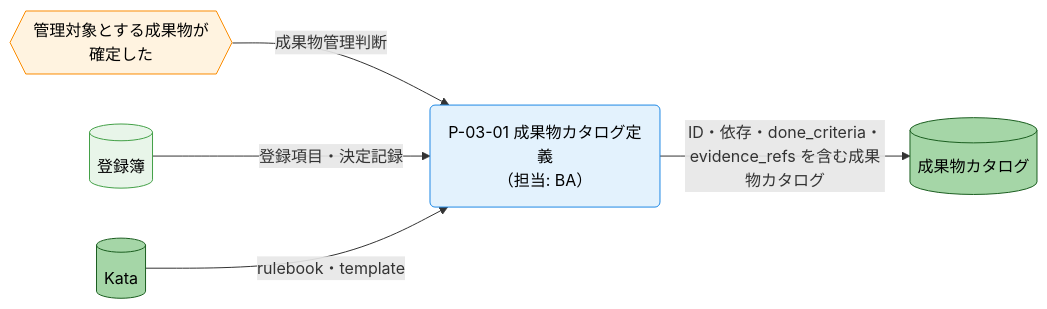
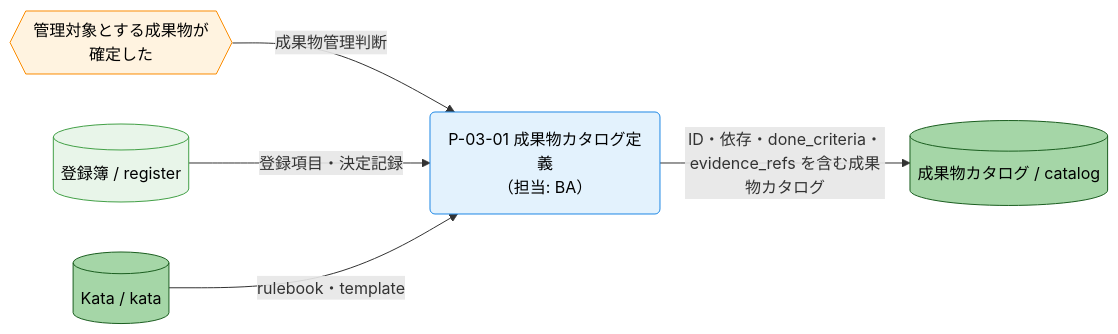
Before and after one commit to specdojo/specdojo: the second of 5 diagrams in docs/ja/product/010-business-specs/010-data-flow/cdfd-plan.md, drawn with Mermaid. The commit also changed other lines of this file and 14 other files, not shown here.

````diff
--- a/docs/ja/product/010-business-specs/010-data-flow/cdfd-plan.md
+++ b/docs/ja/product/010-business-specs/010-data-flow/cdfd-plan.md
@@ -143,23 +143,23 @@
 ```mermaid
 flowchart LR
   classDef process fill:#e3f2fd,stroke:#1e88e5,color:#000
   classDef event fill:#fff3e0,stroke:#fb8c00,color:#000
   classDef storeMaster fill:#a5d6a7,stroke:#1b5e20,color:#000
   classDef storeTransaction fill:#e8f5e9,stroke:#43a047,color:#000
 
   管理判断{{"管理対象とする成果物が<br>確定した"}}
   カタログ定義("P-03-01 成果物カタログ定義<br>（担当: BA）")
-  Kata[("Kata")]
-  登録簿[("登録簿")]
-  成果物カタログ[("成果物カタログ")]
+  Kata[("Kata / kata")]
+  登録簿[("登録簿 / register")]
+  成果物カタログ[("成果物カタログ / catalog")]
 
   管理判断 -->|"成果物管理判断"| カタログ定義
   登録簿 -->|"登録項目・決定記録"| カタログ定義
   Kata -->|"rulebook・template"| カタログ定義
   カタログ定義 -->|"ID・依存・done_criteria・<br>evidence_refs を含む成果物カタログ"| 成果物カタログ
 
   class カタログ定義 process
   class 管理判断 event
   class Kata,成果物カタログ storeMaster
   class 登録簿 storeTransaction
 ```
````
